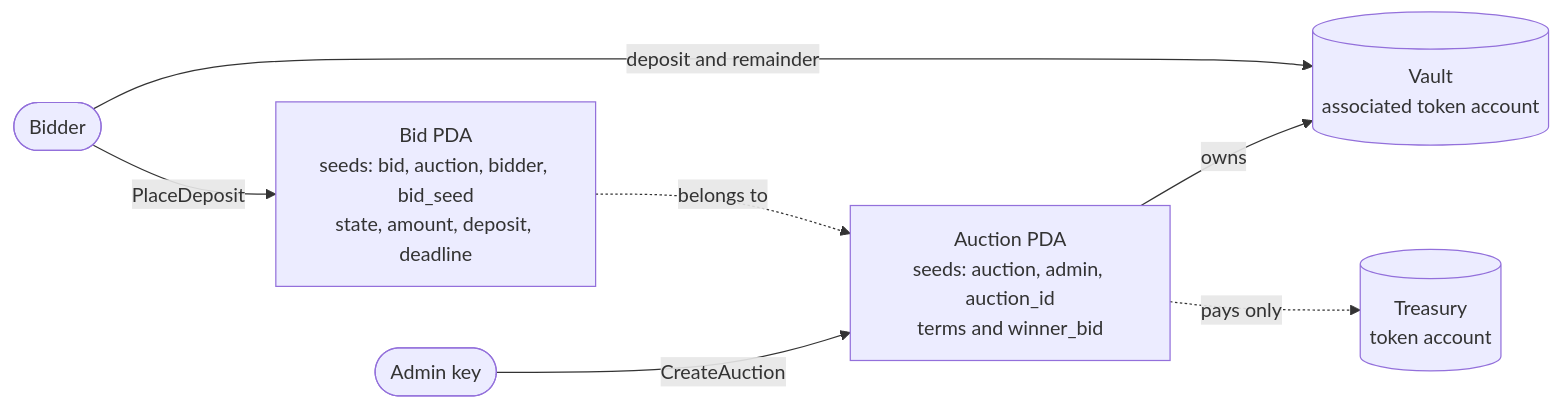
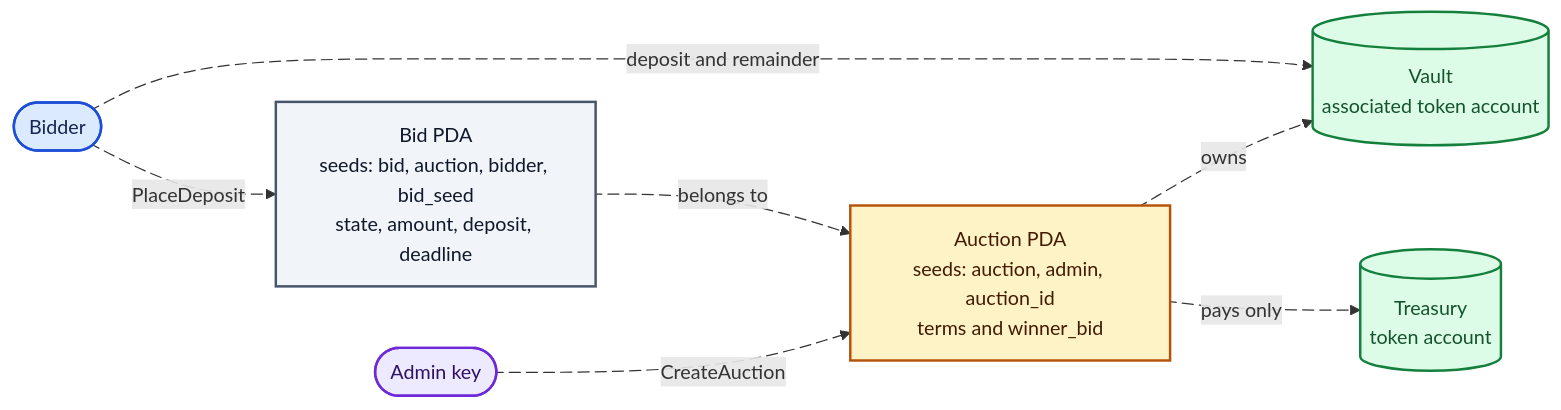
Before and after one commit to visit-airspace/airspace-contracts: the fourth of 7 diagrams in README.md, drawn with Mermaid. The commit also changed other lines of this file, not shown here.

Commit message:
docs: clarify sponsor trust and animate contract diagrams

````diff
--- a/README.md
+++ b/README.md
@@ -94,9 +153,25 @@
 ```mermaid
 flowchart LR
-    Admin([Admin key]) -->|CreateAuction| Auction[Auction PDA<br/>seeds: auction, admin, auction_id<br/>terms and winner_bid]
-    Auction -->|owns| Vault[(Vault<br/>associated token account)]
-    Auction -.->|pays only| Treasury[(Treasury<br/>token account)]
-    Bidder([Bidder]) -->|PlaceDeposit| Bid[Bid PDA<br/>seeds: bid, auction, bidder, bid_seed<br/>state, amount, deposit, deadline]
-    Bidder -->|deposit and remainder| Vault
-    Bid -.->|belongs to| Auction
+    Admin([Admin key]) e1@-->|CreateAuction| Auction[Auction PDA<br/>seeds: auction, admin, auction_id<br/>terms and winner_bid]
+    Auction e2@-->|owns| Vault[(Vault<br/>associated token account)]
+    Auction e3@-.->|pays only| Treasury[(Treasury<br/>token account)]
+    Bidder([Bidder]) e4@-->|PlaceDeposit| Bid[Bid PDA<br/>seeds: bid, auction, bidder, bid_seed<br/>state, amount, deposit, deadline]
+    Bidder e5@-->|deposit and remainder| Vault
+    Bid e6@-.->|belongs to| Auction
+    e1@{ animation: slow }
+    e2@{ animation: slow }
+    e3@{ animation: slow }
+    e4@{ animation: slow }
+    e5@{ animation: slow }
+    e6@{ animation: slow }
+    classDef sponsor fill:#DBEAFE,stroke:#1D4ED8,color:#172554,stroke-width:2px;
+    class Bidder sponsor;
+    classDef admin fill:#EDE9FE,stroke:#6D28D9,color:#2E1065,stroke-width:2px;
+    class Admin admin;
+    classDef money fill:#DCFCE7,stroke:#15803D,color:#14532D,stroke-width:2px;
+    class Vault,Treasury money;
+    classDef rules fill:#FEF3C7,stroke:#B45309,color:#451A03,stroke-width:2px;
+    class Auction rules;
+    classDef record fill:#F1F5F9,stroke:#475569,color:#0F172A,stroke-width:2px;
+    class Bid record;
 ```
````
